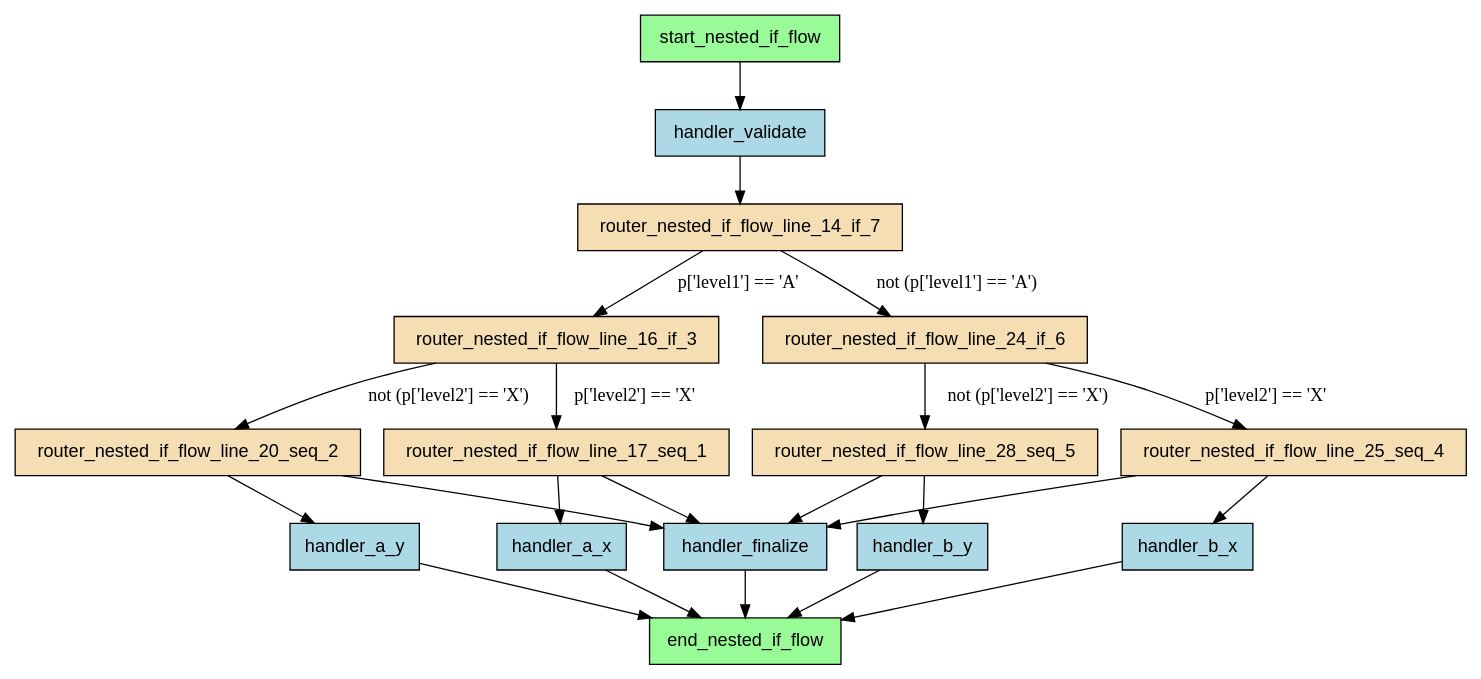
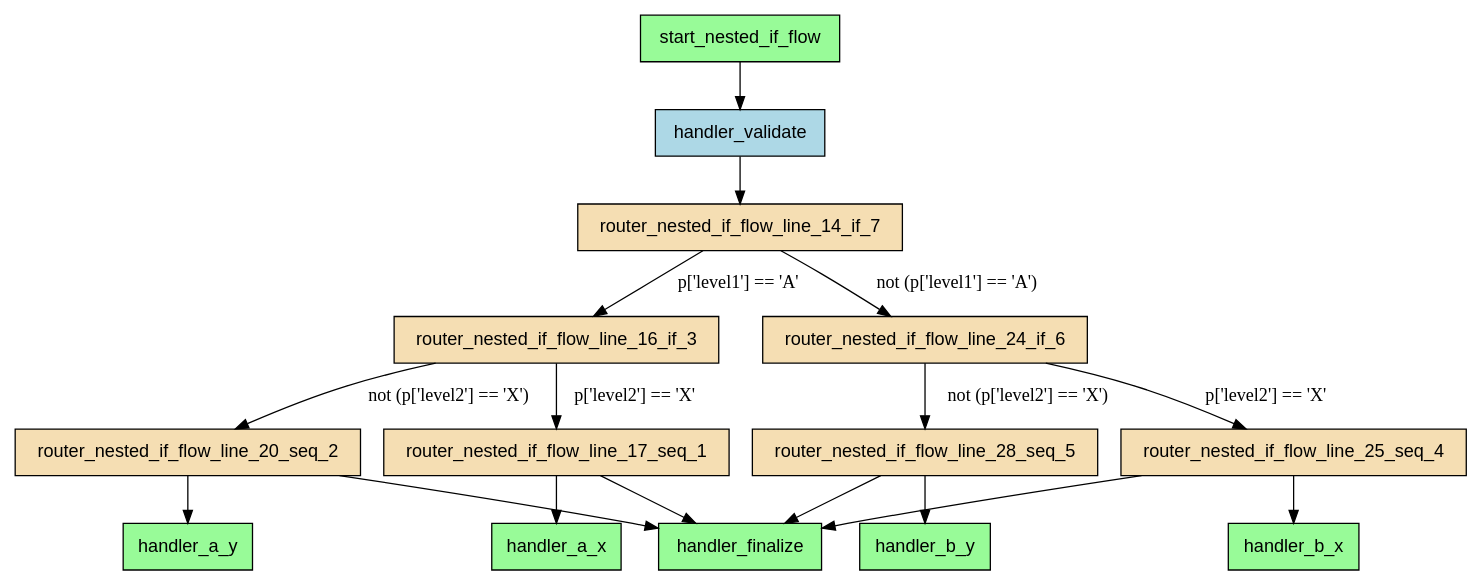
The diagram in examples/flows/compiled/nested_if/flow.dot (deliveryhero/asya), drawn with Graphviz before and after one commit. The commit also changed 339 other files, not shown here.

First line of the commit message:
feat(compiler): remove end_ router, add graph validation, visual improvements

```diff
--- a/examples/flows/compiled/nested_if/flow.dot
+++ b/examples/flows/compiled/nested_if/flow.dot
@@ -1,42 +1,36 @@
 digraph "nested_if_flow" {
     rankdir=TB;
     node [shape=box, style=filled, fontname="Helvetica"];
 
-    end_nested_if_flow [label="end_nested_if_flow", fillcolor=palegreen];
-    handler_a_x [label="handler_a_x", fillcolor=lightblue];
-    handler_a_y [label="handler_a_y", fillcolor=lightblue];
-    handler_b_x [label="handler_b_x", fillcolor=lightblue];
-    handler_b_y [label="handler_b_y", fillcolor=lightblue];
-    handler_finalize [label="handler_finalize", fillcolor=lightblue];
+    handler_a_x [label="handler_a_x", fillcolor=palegreen];
+    handler_a_y [label="handler_a_y", fillcolor=palegreen];
+    handler_b_x [label="handler_b_x", fillcolor=palegreen];
+    handler_b_y [label="handler_b_y", fillcolor=palegreen];
+    handler_finalize [label="handler_finalize", fillcolor=palegreen];
     handler_validate [label="handler_validate", fillcolor=lightblue];
     router_nested_if_flow_line_14_if_7 [label="router_nested_if_flow_line_14_if_7", fillcolor=wheat];
     router_nested_if_flow_line_16_if_3 [label="router_nested_if_flow_line_16_if_3", fillcolor=wheat];
     router_nested_if_flow_line_17_seq_1 [label="router_nested_if_flow_line_17_seq_1", fillcolor=wheat];
     router_nested_if_flow_line_20_seq_2 [label="router_nested_if_flow_line_20_seq_2", fillcolor=wheat];
     router_nested_if_flow_line_24_if_6 [label="router_nested_if_flow_line_24_if_6", fillcolor=wheat];
     router_nested_if_flow_line_25_seq_4 [label="router_nested_if_flow_line_25_seq_4", fillcolor=wheat];
     router_nested_if_flow_line_28_seq_5 [label="router_nested_if_flow_line_28_seq_5", fillcolor=wheat];
     start_nested_if_flow [label="start_nested_if_flow", fillcolor=palegreen];
 
     start_nested_if_flow -> handler_validate;
     handler_validate -> router_nested_if_flow_line_14_if_7;
     router_nested_if_flow_line_17_seq_1 -> handler_a_x;
     router_nested_if_flow_line_20_seq_2 -> handler_a_y;
     router_nested_if_flow_line_16_if_3 -> router_nested_if_flow_line_17_seq_1 [label="p['level2'] == 'X'"];
     router_nested_if_flow_line_16_if_3 -> router_nested_if_flow_line_20_seq_2 [label="not (p['level2'] == 'X')"];
     router_nested_if_flow_line_25_seq_4 -> handler_b_x;
     router_nested_if_flow_line_28_seq_5 -> handler_b_y;
     router_nested_if_flow_line_24_if_6 -> router_nested_if_flow_line_25_seq_4 [label="p['level2'] == 'X'"];
     router_nested_if_flow_line_24_if_6 -> router_nested_if_flow_line_28_seq_5 [label="not (p['level2'] == 'X')"];
     router_nested_if_flow_line_14_if_7 -> router_nested_if_flow_line_16_if_3 [label="p['level1'] == 'A'"];
     router_nested_if_flow_line_14_if_7 -> router_nested_if_flow_line_24_if_6 [label="not (p['level1'] == 'A')"];
     router_nested_if_flow_line_17_seq_1 -> handler_finalize;
     router_nested_if_flow_line_20_seq_2 -> handler_finalize;
     router_nested_if_flow_line_25_seq_4 -> handler_finalize;
     router_nested_if_flow_line_28_seq_5 -> handler_finalize;
-    handler_a_x -> end_nested_if_flow;
-    handler_a_y -> end_nested_if_flow;
-    handler_b_x -> end_nested_if_flow;
-    handler_b_y -> end_nested_if_flow;
-    handler_finalize -> end_nested_if_flow;
 }
```
